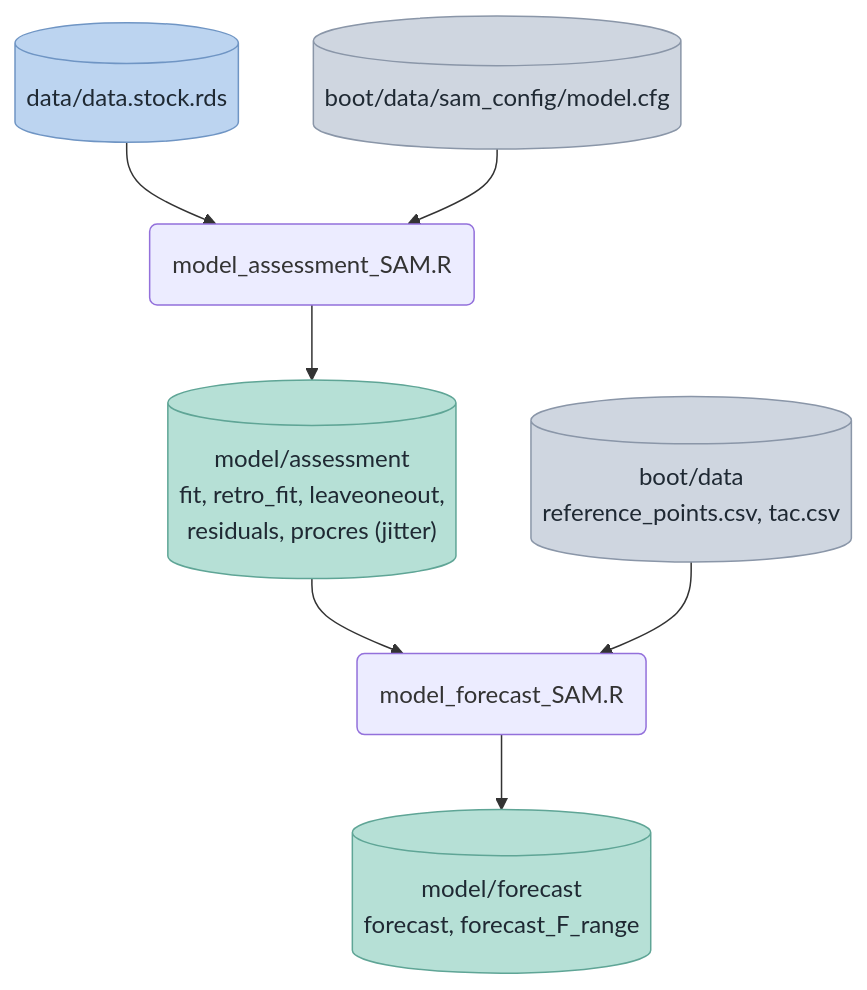
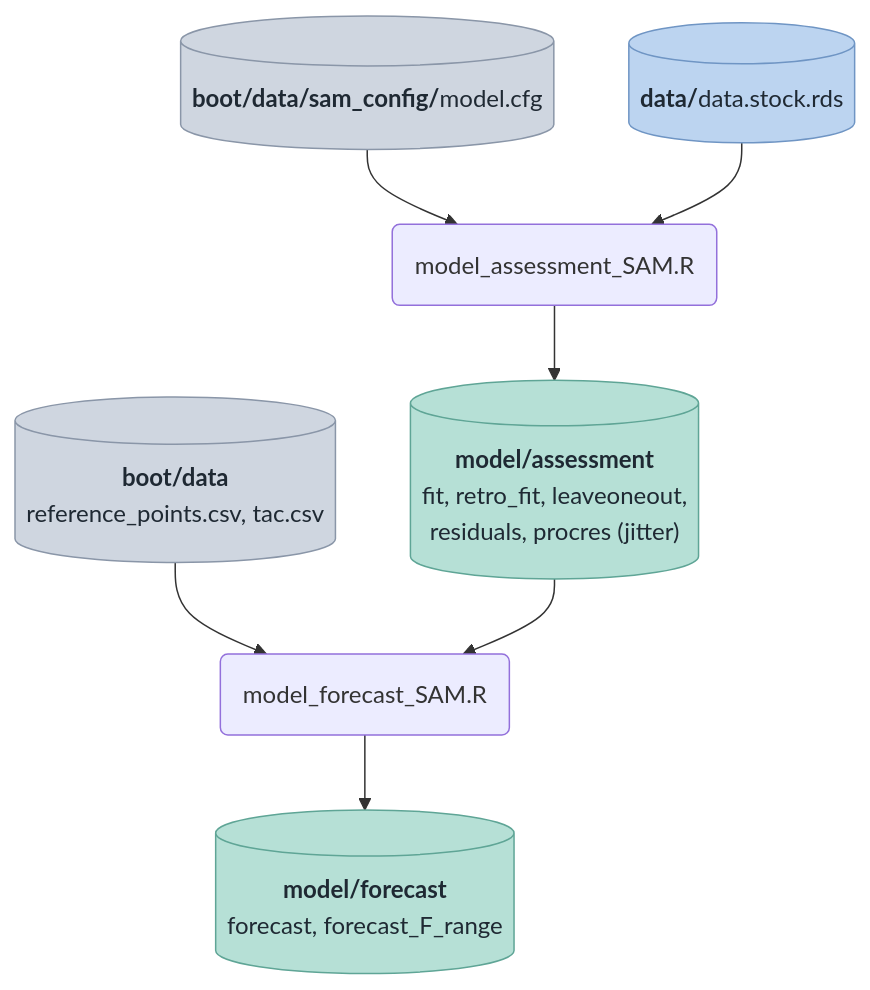
Before and after one commit to ices-tools-dev/SAM_taf_template: the third of 5 diagrams in README.Rmd, drawn with Mermaid. The commit also changed other lines of this file and 4 other files, not shown here.

Commit message:
Add catch options table and forecast report, name forecast tables by scenario, order README diagrams

````diff
--- a/README.Rmd
+++ b/README.Rmd
@@ -92,17 +95,24 @@
 ```mermaid
 flowchart TD
-  A[("data/data.stock.rds")] --> S1("model_assessment_SAM.R")
-  C[("boot/data/sam_config/model.cfg")] --> S1
-  S1 --> M1[("model/assessment<br/>fit, retro_fit, leaveoneout,<br/>residuals, procres (jitter)")]
-  M1 --> S2("model_forecast_SAM.R")
-  R[("boot/data<br/>reference_points.csv, tac.csv")] --> S2
-  S2 --> M2[("model/forecast<br/>forecast, forecast_F_range")]
+  C[("<b>boot/data/sam_config/</b>model.cfg")]
+  A[("<b>data/</b>data.stock.rds")]
+  S1("model_assessment_SAM.R")
+  R[("<b>boot/data</b><br/>reference_points.csv, tac.csv")]
+  M1[("<b>model/assessment</b><br/>fit, retro_fit, leaveoneout,<br/>residuals, procres (jitter)")]
+  S2("model_forecast_SAM.R")
+  M2[("<b>model/forecast</b><br/>forecast, forecast_F_range")]
+  C --> S1
+  A --> S1
+  S1 --> M1
+  R --> S2
+  M1 --> S2
+  S2 --> M2
   classDef boot fill:#cfd6e0,stroke:#8a96a8,color:#1f2933
   classDef data fill:#bcd4f0,stroke:#6f95c4,color:#1f2933
   classDef model fill:#b6e0d6,stroke:#5fa596,color:#1f2933
   classDef output fill:#c8e6b5,stroke:#7cad62,color:#1f2933
   classDef report fill:#f3d9a6,stroke:#c9a35a,color:#1f2933
+  class C,R boot
   class A data
-  class C,R boot
   class M1,M2 model
 ```
````
